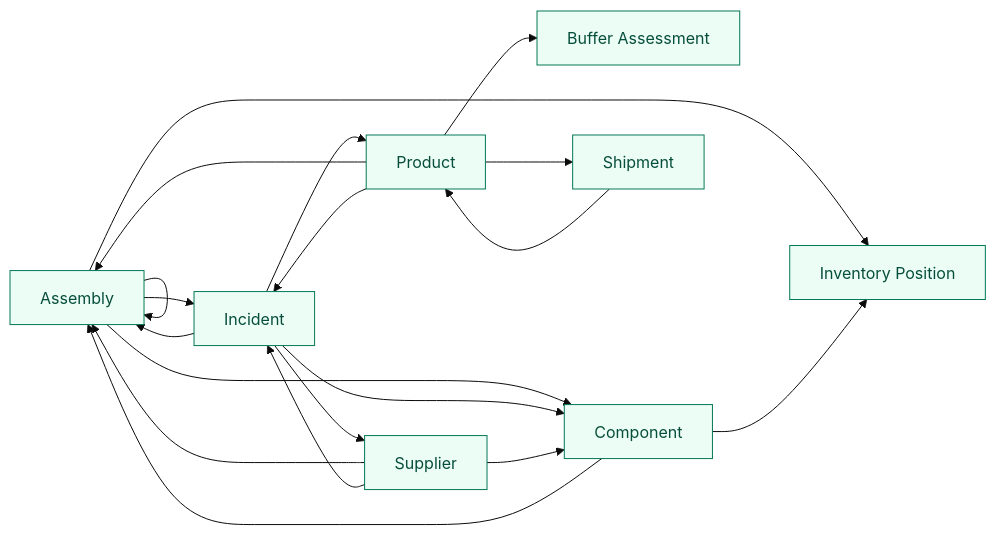
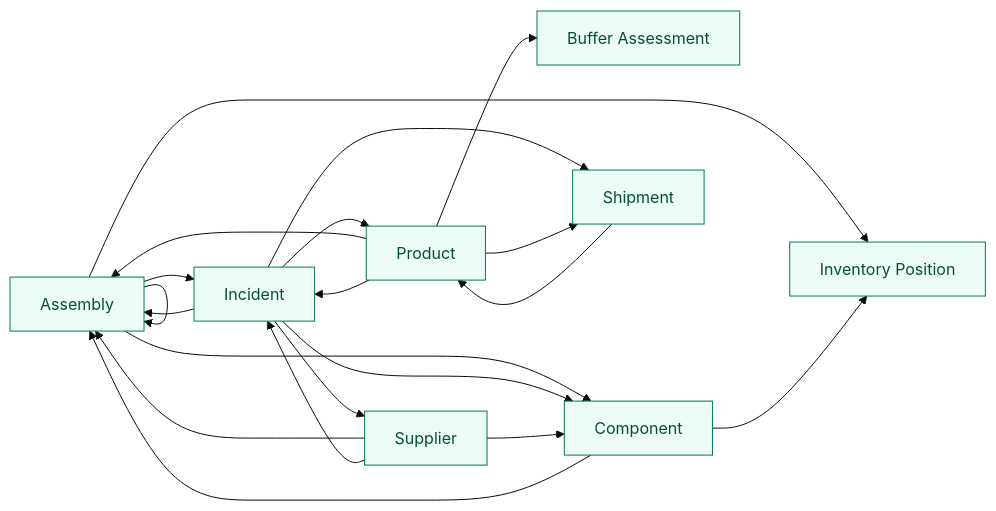
Before and after one commit to cruxible-ai/cruxible: the third of 3 diagrams in kits/supply-chain-blast-radius/README.md, drawn with Mermaid (base theme). The commit also changed other lines of this file and 2 other files, not shown here.

````diff
--- a/kits/supply-chain-blast-radius/README.md
+++ b/kits/supply-chain-blast-radius/README.md
@@ -264,32 +281,33 @@
 ```mermaid
 flowchart LR
   classDef queryEntity fill:#ecfdf5,stroke:#047857,color:#064e3b
 
   query_entity_Assembly["Assembly"]
   query_entity_BufferAssessment["Buffer Assessment"]
   query_entity_Component["Component"]
   query_entity_Incident["Incident"]
   query_entity_InventoryPosition["Inventory Position"]
   query_entity_Product["Product"]
   query_entity_Shipment["Shipment"]
   query_entity_Supplier["Supplier"]
   class query_entity_Assembly,query_entity_BufferAssessment,query_entity_Component,query_entity_Incident,query_entity_InventoryPosition,query_entity_Product,query_entity_Shipment,query_entity_Supplier queryEntity
   query_entity_Assembly --> query_entity_Assembly
   query_entity_Assembly --> query_entity_Component
   query_entity_Assembly --> query_entity_Incident
   query_entity_Assembly --> query_entity_InventoryPosition
   query_entity_Component --> query_entity_Assembly
   query_entity_Component --> query_entity_InventoryPosition
   query_entity_Incident --> query_entity_Assembly
   query_entity_Incident --> query_entity_Component
   query_entity_Incident --> query_entity_Product
+  query_entity_Incident --> query_entity_Shipment
   query_entity_Incident --> query_entity_Supplier
   query_entity_Product --> query_entity_Assembly
   query_entity_Product --> query_entity_BufferAssessment
   query_entity_Product --> query_entity_Incident
   query_entity_Product --> query_entity_Shipment
   query_entity_Shipment --> query_entity_Product
   query_entity_Supplier --> query_entity_Assembly
   query_entity_Supplier --> query_entity_Component
   query_entity_Supplier --> query_entity_Incident
 ```
````
